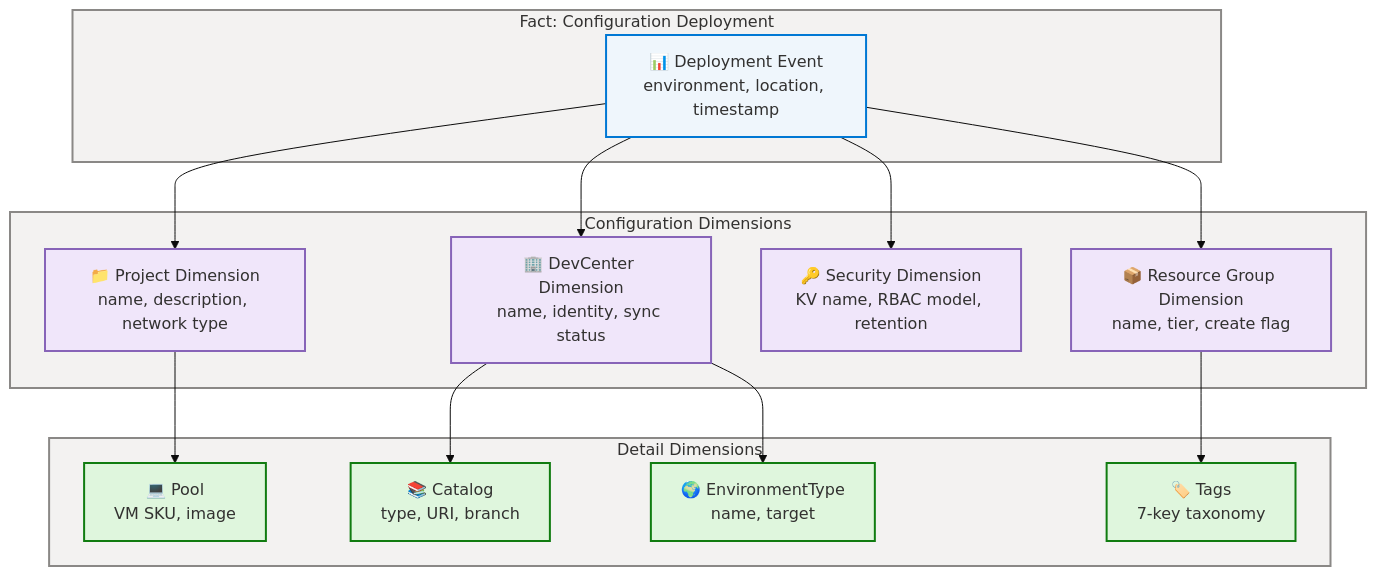
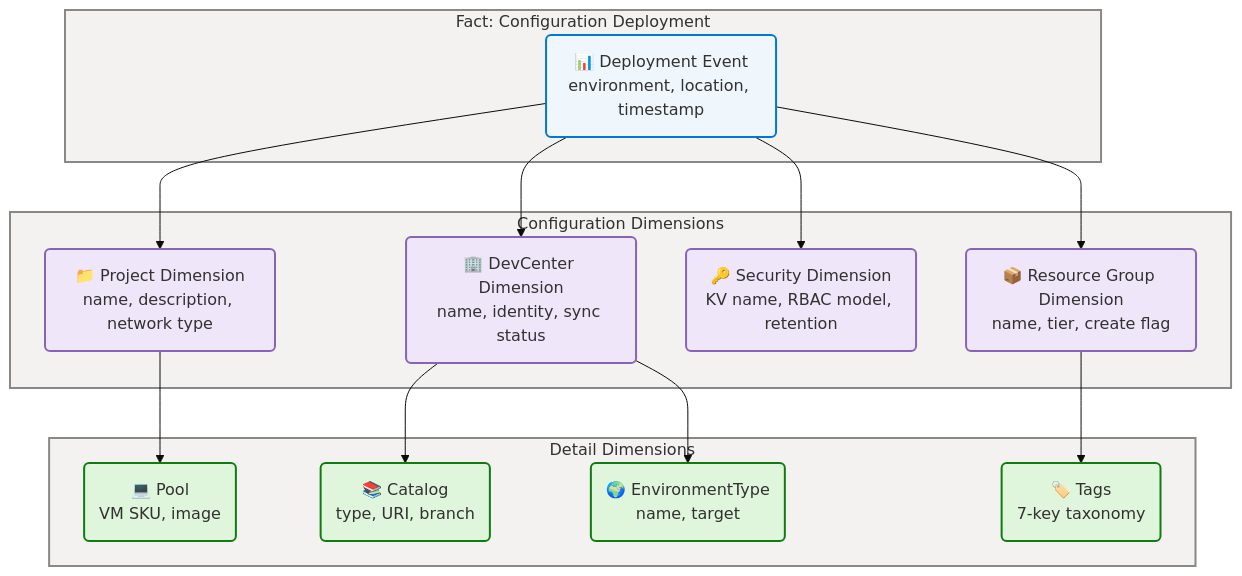
Before and after one commit to Evilazaro/DevExp-DevBox: the ninth of 14 diagrams in docs/architecture/data-architecture.md, drawn with Mermaid. The commit also changed other lines of this file, not shown here.

Commit message:
feat: update data architecture diagrams with new class definitions and styling

````diff
--- a/docs/architecture/data-architecture.md
+++ b/docs/architecture/data-architecture.md
@@ -971,58 +972,58 @@
 ```mermaid
 ---
 config:
   theme: base
   look: classic
   layout: dagre
   themeVariables:
     fontSize: "16px"
 ---
 flowchart TD
     accTitle: DevExp-DevBox Configuration Dimensional Model
     accDescr: Shows the dimensional hierarchy of configuration data from Dev Center root through projects, pools, catalogs, and environment types
 
     %% ═══════════════════════════════════════════════════════════════════════════
     %% AZURE / FLUENT ARCHITECTURE PATTERN v1.1
     %% (Semantic + Structural + Font + Accessibility Governance)
     %% ═══════════════════════════════════════════════════════════════════════════
     %% PHASE 1 - FLUENT UI: All styling uses approved Fluent UI palette only
     %% PHASE 2 - GROUPS: Every subgraph has semantic color via style directive
     %% PHASE 3 - COMPONENTS: Every node has semantic classDef + icon prefix
     %% PHASE 4 - ACCESSIBILITY: accTitle/accDescr present, WCAG AA contrast
     %% PHASE 5 - STANDARD: Governance block present, classDefs centralized
     %% ═══════════════════════════════════════════════════════════════════════════
 
-    classDef core fill:#EFF6FC,stroke:#0078D4,stroke-width:2px,color:#323130
-    classDef data fill:#F0E6FA,stroke:#8764B8,stroke-width:2px,color:#323130
-    classDef detail fill:#DFF6DD,stroke:#107C10,stroke-width:2px,color:#323130
-
     subgraph FactTable["Fact: Configuration Deployment"]
-        FACT["📊 Deployment Event<br>environment, location, timestamp"]:::core
+        FACT("📊 Deployment Event<br>environment, location, timestamp"):::core
     end
     style FactTable fill:#F3F2F1,stroke:#8A8886,stroke-width:2px,color:#323130
 
     subgraph Dimensions["Configuration Dimensions"]
-        DIM_DC["🏢 DevCenter Dimension<br>name, identity, sync status"]:::data
-        DIM_PROJ["📁 Project Dimension<br>name, description, network type"]:::data
-        DIM_SEC["🔑 Security Dimension<br>KV name, RBAC model, retention"]:::data
-        DIM_RG["📦 Resource Group Dimension<br>name, tier, create flag"]:::data
+        DIM_DC("🏢 DevCenter Dimension<br>name, identity, sync status"):::data
+        DIM_PROJ("📁 Project Dimension<br>name, description, network type"):::data
+        DIM_SEC("🔑 Security Dimension<br>KV name, RBAC model, retention"):::data
+        DIM_RG("📦 Resource Group Dimension<br>name, tier, create flag"):::data
     end
     style Dimensions fill:#F3F2F1,stroke:#8A8886,stroke-width:2px,color:#323130
 
     subgraph DetailDimensions["Detail Dimensions"]
-        DD_POOL["💻 Pool<br>VM SKU, image"]:::detail
-        DD_CAT["📚 Catalog<br>type, URI, branch"]:::detail
-        DD_ENV["🌍 EnvironmentType<br>name, target"]:::detail
-        DD_TAG["🏷️ Tags<br>7-key taxonomy"]:::detail
+        DD_POOL("💻 Pool<br>VM SKU, image"):::success
+        DD_CAT("📚 Catalog<br>type, URI, branch"):::success
+        DD_ENV("🌍 EnvironmentType<br>name, target"):::success
+        DD_TAG("🏷️ Tags<br>7-key taxonomy"):::success
     end
     style DetailDimensions fill:#F3F2F1,stroke:#8A8886,stroke-width:2px,color:#323130
 
     FACT --> DIM_DC
     FACT --> DIM_PROJ
     FACT --> DIM_SEC
     FACT --> DIM_RG
     DIM_DC --> DD_CAT
     DIM_DC --> DD_ENV
     DIM_PROJ --> DD_POOL
     DIM_RG --> DD_TAG
+
+    classDef core fill:#EFF6FC,stroke:#0078D4,stroke-width:2px,color:#323130
+    classDef data fill:#F0E6FA,stroke:#8764B8,stroke-width:2px,color:#323130
+    classDef success fill:#DFF6DD,stroke:#107C10,stroke-width:2px,color:#323130
 ```
````
